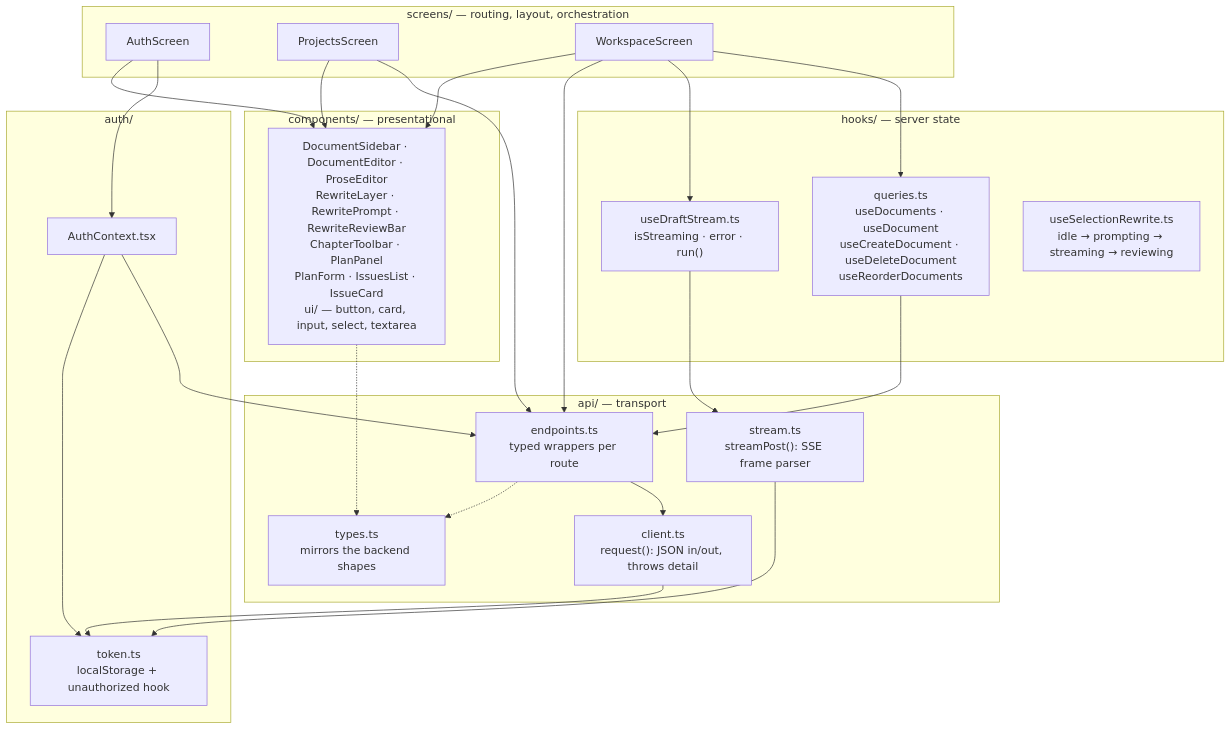
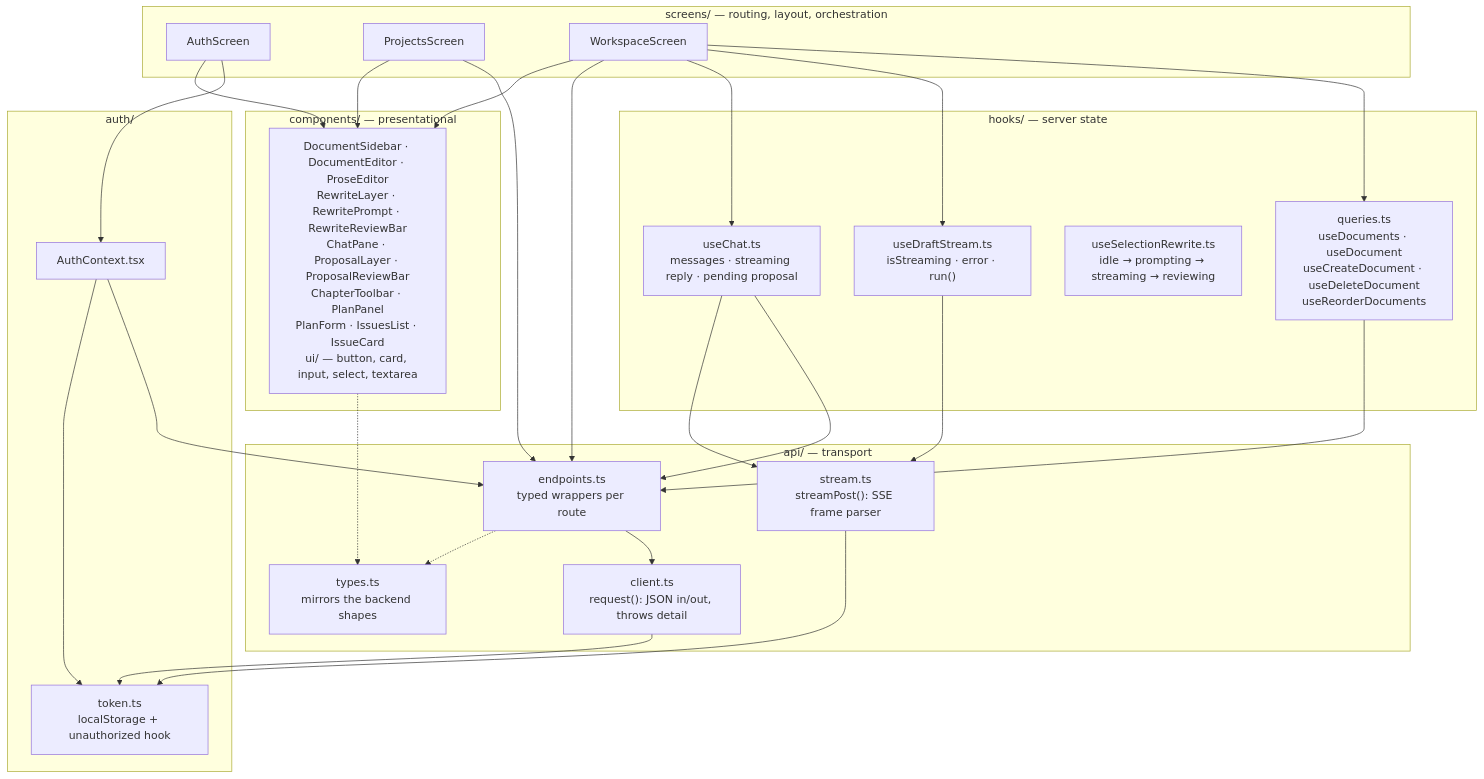
The second of 3 diagrams in docs/diagrams/04-frontend-architecture.md (Akazz-L/maya), drawn with Mermaid before and after one commit. The commit also changed other lines of this file and 52 other files, not shown here.

First line of the commit message:
feat: optional planning with a per-chapter chat that drafts and edits (#15)

````diff
--- a/docs/diagrams/04-frontend-architecture.md
+++ b/docs/diagrams/04-frontend-architecture.md
@@ -48,50 +52,54 @@
 ```mermaid
 graph TD
     subgraph screens["screens/ — routing, layout, orchestration"]
         AS["AuthScreen"]
         PS["ProjectsScreen"]
         WSS["WorkspaceScreen"]
     end
 
     subgraph components["components/ — presentational"]
-        CMP["DocumentSidebar · DocumentEditor · ProseEditor<br/>RewriteLayer · RewritePrompt · RewriteReviewBar<br/>ChapterToolbar · PlanPanel<br/>PlanForm · IssuesList · IssueCard<br/>ui/ — button, card, input, select, textarea"]
+        CMP["DocumentSidebar · DocumentEditor · ProseEditor<br/>RewriteLayer · RewritePrompt · RewriteReviewBar<br/>ChatPane · ProposalLayer · ProposalReviewBar<br/>ChapterToolbar · PlanPanel<br/>PlanForm · IssuesList · IssueCard<br/>ui/ — button, card, input, select, textarea"]
     end
 
     subgraph hooks["hooks/ — server state"]
         Q["queries.ts<br/>useDocuments · useDocument<br/>useCreateDocument · useDeleteDocument<br/>useReorderDocuments"]
         DS["useDraftStream.ts<br/>isStreaming · error · run()"]
         SR["useSelectionRewrite.ts<br/>idle → prompting → streaming → reviewing"]
+        CH["useChat.ts<br/>messages · streaming reply · pending proposal"]
     end
 
     subgraph api["api/ — transport"]
         EP["endpoints.ts<br/>typed wrappers per route"]
         CL["client.ts<br/>request(): JSON in/out, throws detail"]
         ST["stream.ts<br/>streamPost(): SSE frame parser"]
         TY["types.ts<br/>mirrors the backend shapes"]
     end
 
     subgraph auth["auth/"]
         AC["AuthContext.tsx"]
         TK["token.ts<br/>localStorage + unauthorized hook"]
     end
 
     AS --> AC
     PS --> EP
     WSS --> Q
     WSS --> DS
+    WSS --> CH
     WSS --> EP
     WSS --> CMP
     PS --> CMP
     AS --> CMP
     Q --> EP
     DS --> ST
+    CH --> EP
+    CH --> ST
     EP --> CL
     CL --> TK
     ST --> TK
     AC --> EP
     AC --> TK
     EP -.-> TY
     CMP -.-> TY
 
     classDef layer fill:#f7f7f2,stroke:#999
 ```
````
